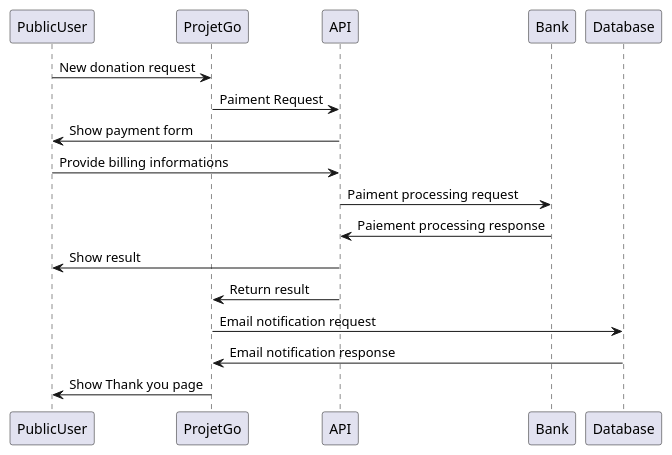
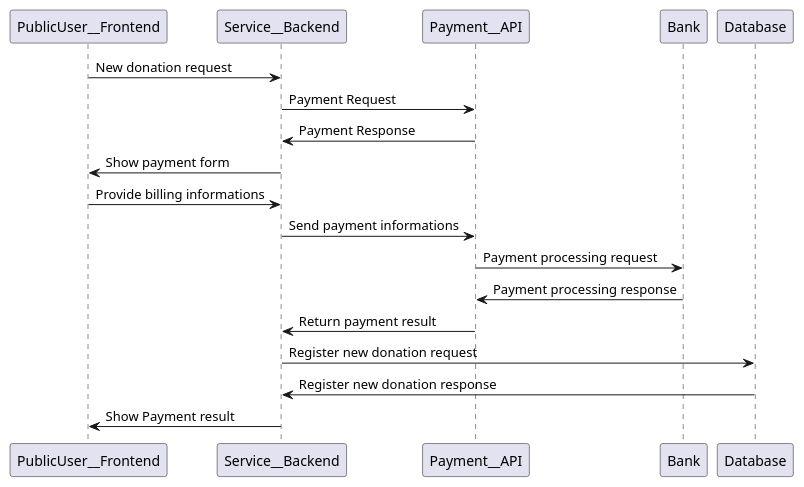
One commit to feanPelix/projetgo changed the diagram in sequence-diagrams.wsd. Above: the diagram before and after it, drawn with PlantUML.

Commit message:
Donation sequence diagram

```diff
--- a/sequence-diagrams.wsd
+++ b/sequence-diagrams.wsd
@@ -1,13 +1,14 @@
 @startuml Collecte
-  PublicUser -> ProjetGo: New donation request
-  ProjetGo -> API: Paiment Request
-  API -> PublicUser: Show payment form
-  PublicUser -> API: Provide billing informations
-  API -> Bank: Paiment processing request
-  Bank -> API: Paiement processing response
-  API -> PublicUser: Show result
-  API -> ProjetGo: Return result
-  ProjetGo -> Database: Email notification request
-  Database -> ProjetGo: Email notification response
-  ProjetGo -> PublicUser: Show Thank you page  
+  PublicUser__Frontend -> Service__Backend: New donation request
+  Service__Backend -> Payment__API: Payment Request
+  Payment__API -> Service__Backend: Payment Response
+  Service__Backend -> PublicUser__Frontend: Show payment form
+  PublicUser__Frontend -> Service__Backend: Provide billing informations
+  Service__Backend -> Payment__API: Send payment informations
+  Payment__API -> Bank: Payment processing request
+  Bank -> Payment__API: Payment processing response
+  Payment__API -> Service__Backend: Return payment result
+  Service__Backend -> Database: Register new donation request
+  Database -> Service__Backend: Register new donation response
+  Service__Backend -> PublicUser__Frontend: Show Payment result
 @enduml
```
